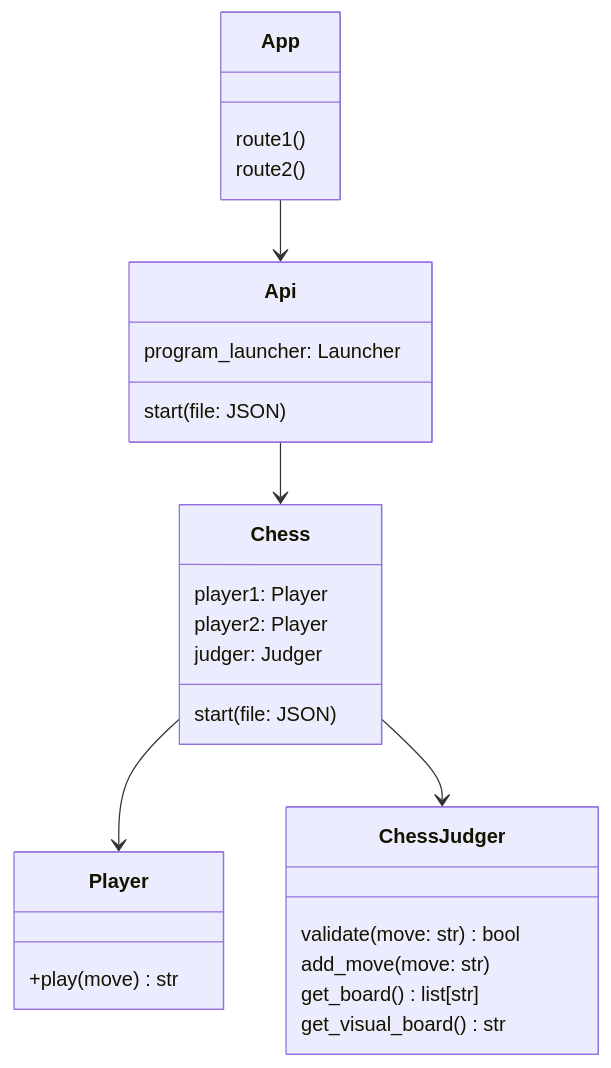
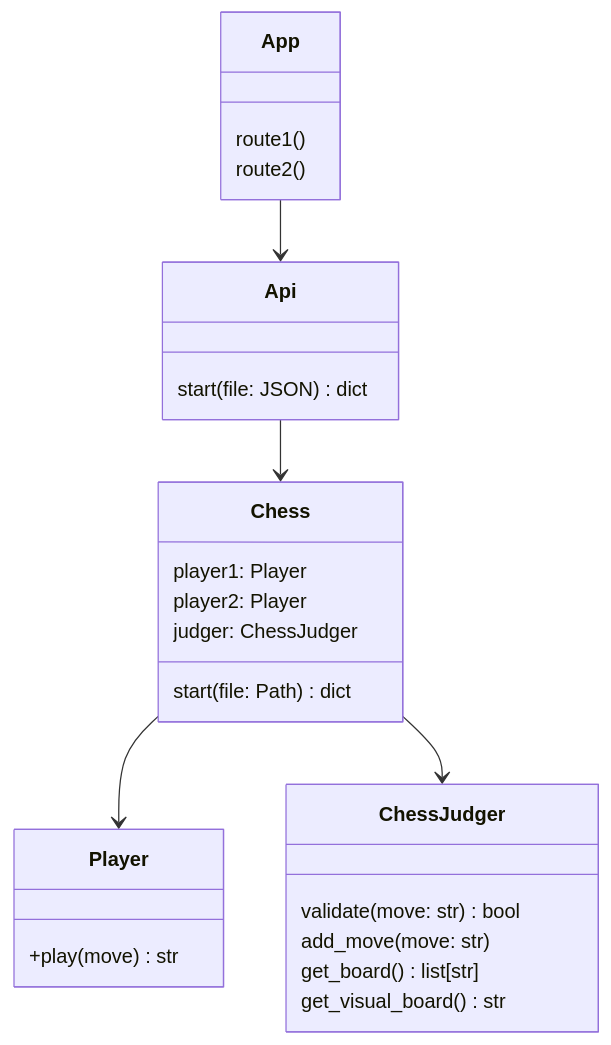
One commit to game-ai-platform-team/tira-ai-platform changed the second of 2 diagrams in docs/architecture.md. Above: the diagram before and after it, drawn with Mermaid. The commit also changed other lines of this file, not shown here.

Commit message:
docs(#17): Update architecture.md

````diff
--- a/docs/architecture.md
+++ b/docs/architecture.md
@@ -37,36 +46,35 @@
 ```mermaid
 classDiagram
 
 App --> Api
 Api --> Chess
 Chess --> Player
 Chess --> ChessJudger
 
 class Chess {
-    start(file: JSON)
+    start(file: Path) dict
     player1: Player
     player2: Player
-    judger: Judger
+    judger: ChessJudger
 }
 
 class ChessJudger {
     validate(move: str) bool
     add_move(move: str)
     get_board() list[str]
     get_visual_board() str
 }
 
 class Player {
     +play(move) str
 }
 
 class Api {
-    start(file: JSON)
-    program_launcher: Launcher
+    start(file: JSON) dict
 }
 
 class App {
     route1()
     route2()
 }
 ```
````
